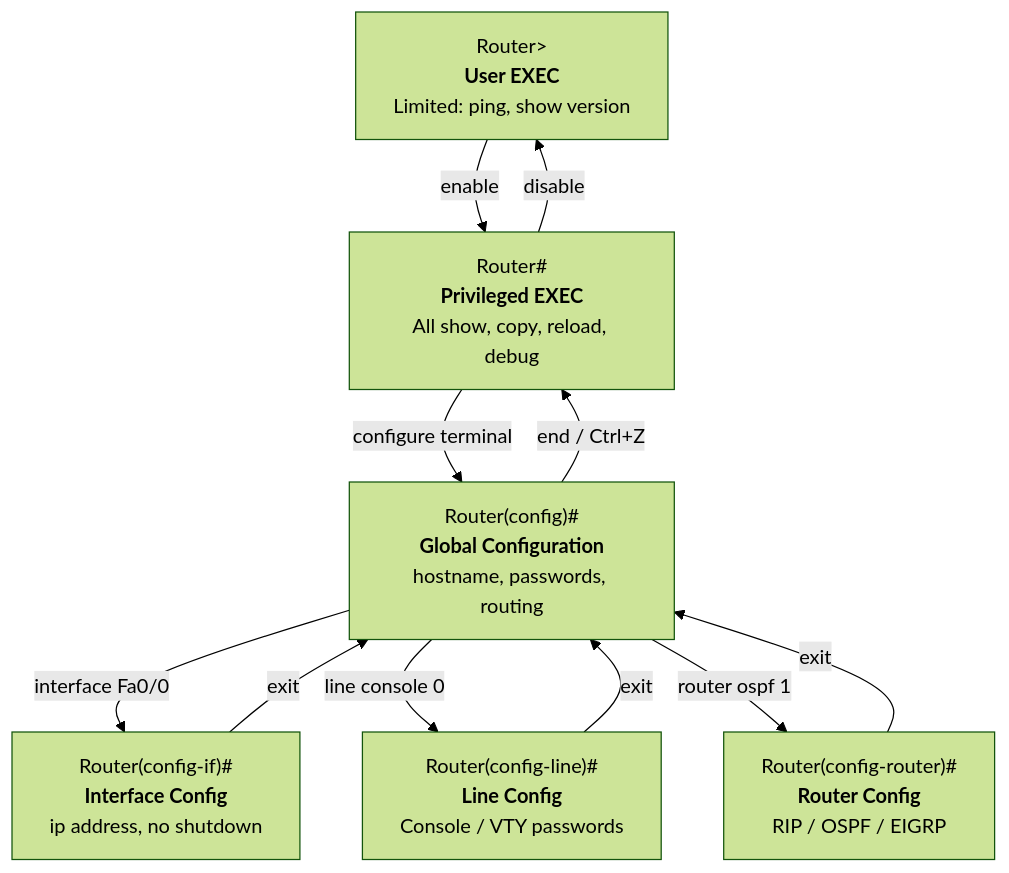
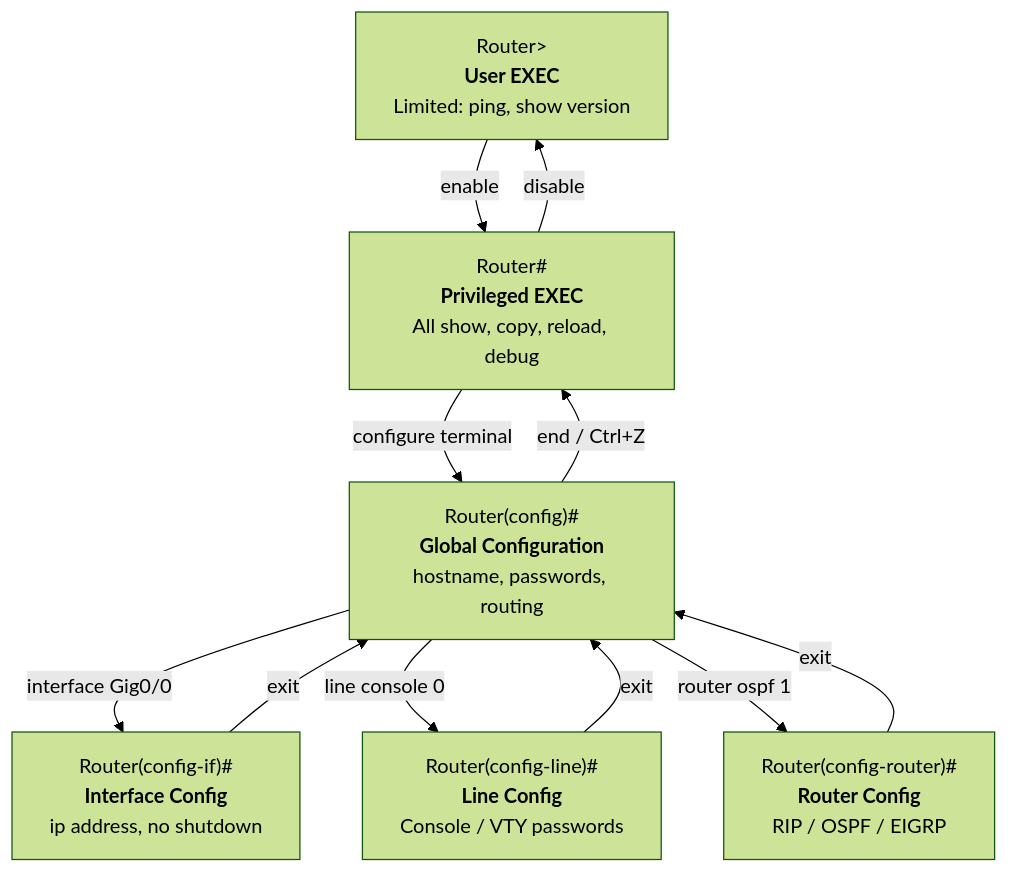
One commit to amaliahwg/computer-network changed the diagram in book/src/module-03.md. Above: the diagram before and after it, drawn with Mermaid (forest theme). The commit also changed other lines of this file and 11 other files, not shown here.

````diff
--- a/book/src/module-03.md
+++ b/book/src/module-03.md
@@ -52,20 +52,20 @@
 ```mermaid
 flowchart TD
     UE["Router&gt;<br/><b>User EXEC</b><br/>Limited: ping, show version"]
     PE["Router#<br/><b>Privileged EXEC</b><br/>All show, copy, reload, debug"]
     GC["Router(config)#<br/><b>Global Configuration</b><br/>hostname, passwords, routing"]
     IF["Router(config-if)#<br/><b>Interface Config</b><br/>ip address, no shutdown"]
     LN["Router(config-line)#<br/><b>Line Config</b><br/>Console / VTY passwords"]
     RT["Router(config-router)#<br/><b>Router Config</b><br/>RIP / OSPF / EIGRP"]
 
     UE -->|"enable"| PE
     PE -->|"configure terminal"| GC
-    GC -->|"interface Fa0/0"| IF
+    GC -->|"interface Gig0/0"| IF
     GC -->|"line console 0"| LN
     GC -->|"router ospf 1"| RT
     IF -->|"exit"| GC
     LN -->|"exit"| GC
     RT -->|"exit"| GC
     GC -->|"end / Ctrl+Z"| PE
     PE -->|"disable"| UE
 ```
````
